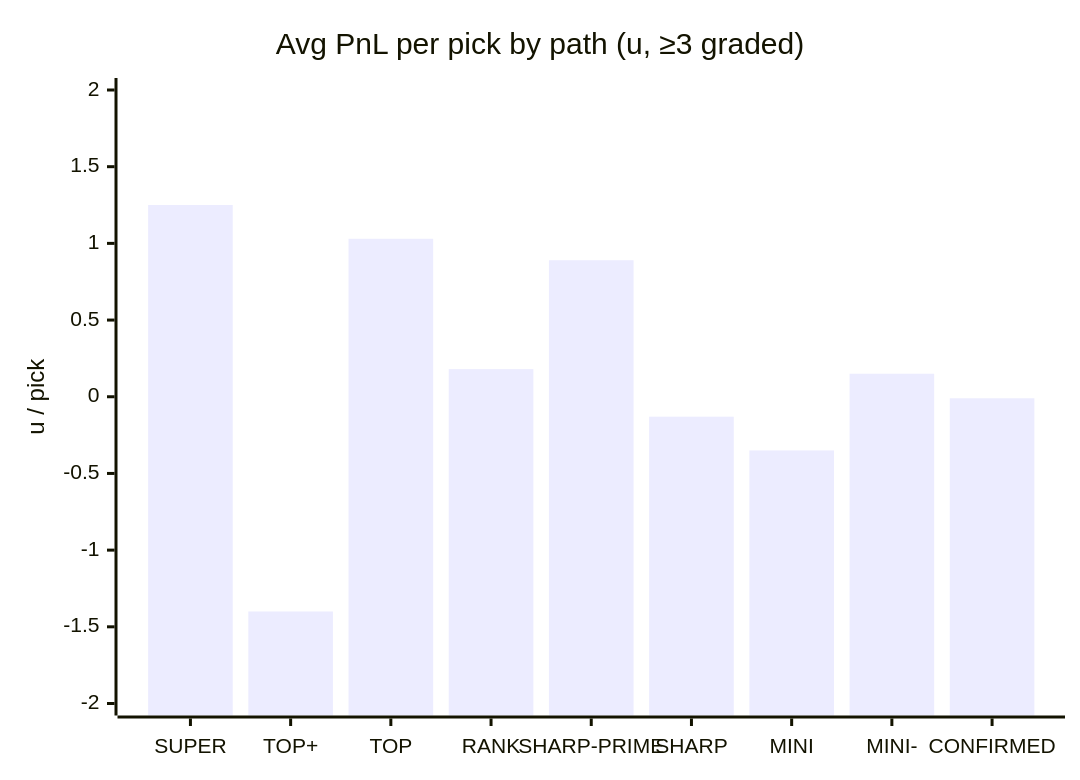
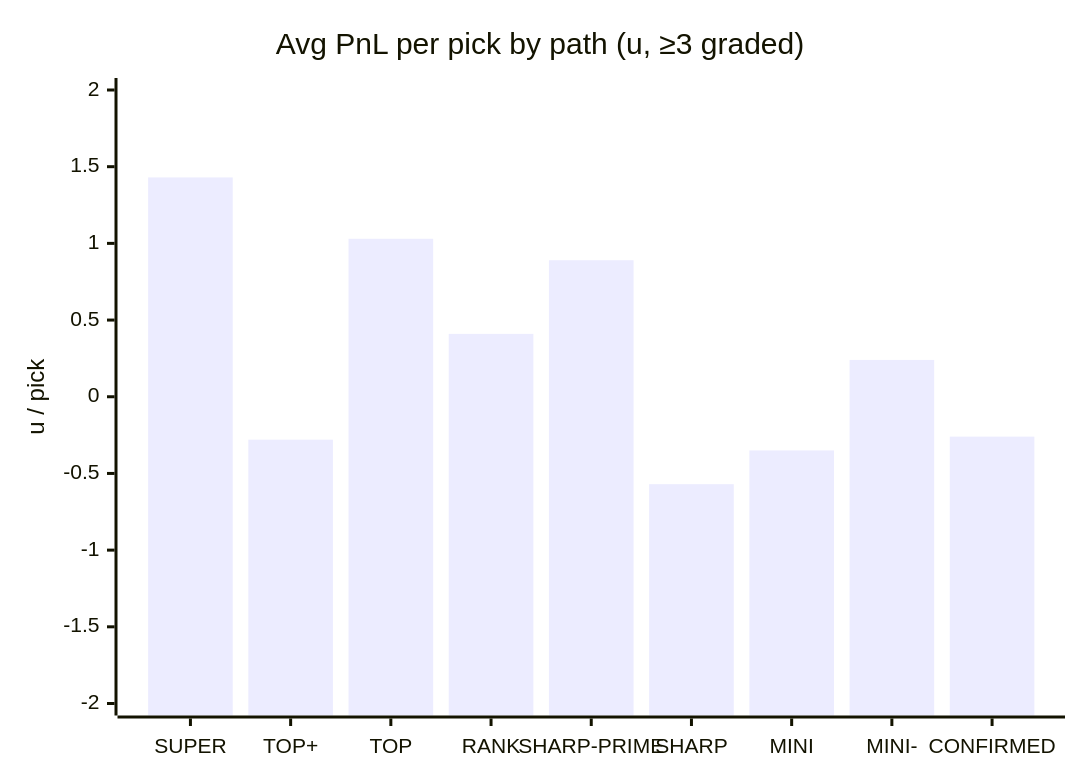
The third of 5 diagrams in DAILY_AGSU_REPORT.md (dpk1212/nhl-savant), drawn with Mermaid before and after one commit. The commit also changed other lines of this file, not shown here.

````diff
--- a/DAILY_AGSU_REPORT.md
+++ b/DAILY_AGSU_REPORT.md
@@ -333,7 +331,7 @@
 ```mermaid
 xychart-beta
     title "Avg PnL per pick by path (u, ≥3 graded)"
     x-axis ["SUPER", "TOP+", "TOP", "RANK", "SHARP-PRIME", "SHARP", "MINI", "MINI-", "CONFIRMED"]
     y-axis "u / pick" -2 --> 2
-    bar [1.25, -1.4, 1.03, 0.18, 0.89, -0.13, -0.35, 0.15, -0.01]
+    bar [1.43, -0.28, 1.03, 0.41, 0.89, -0.57, -0.35, 0.24, -0.26]
 ```
````
